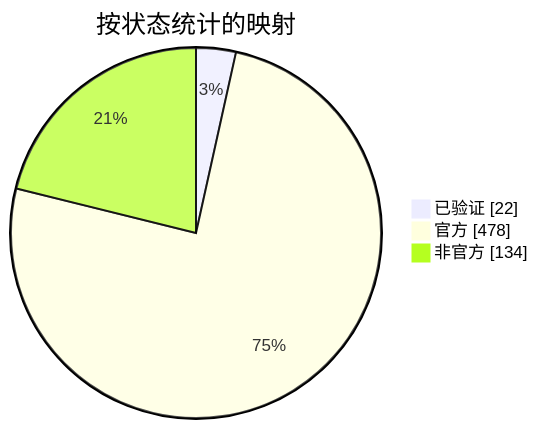
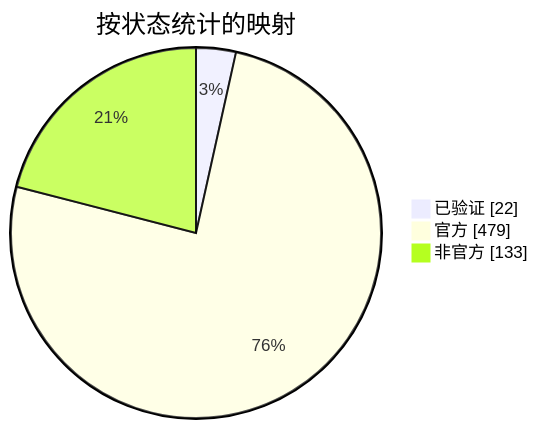
The diagram in docs/readme/README_ZHS.md (nobrega8/mbmap-library), drawn with Mermaid before and after one commit. The commit also changed 6 other files, not shown here.

````diff
--- a/docs/readme/README_ZHS.md
+++ b/docs/readme/README_ZHS.md
@@ -54,7 +54,7 @@
 ```mermaid
 pie showData
     title 按状态统计的映射
     "已验证" : 22
-    "官方" : 478
-    "非官方" : 134
+    "官方" : 479
+    "非官方" : 133
 ```
````
